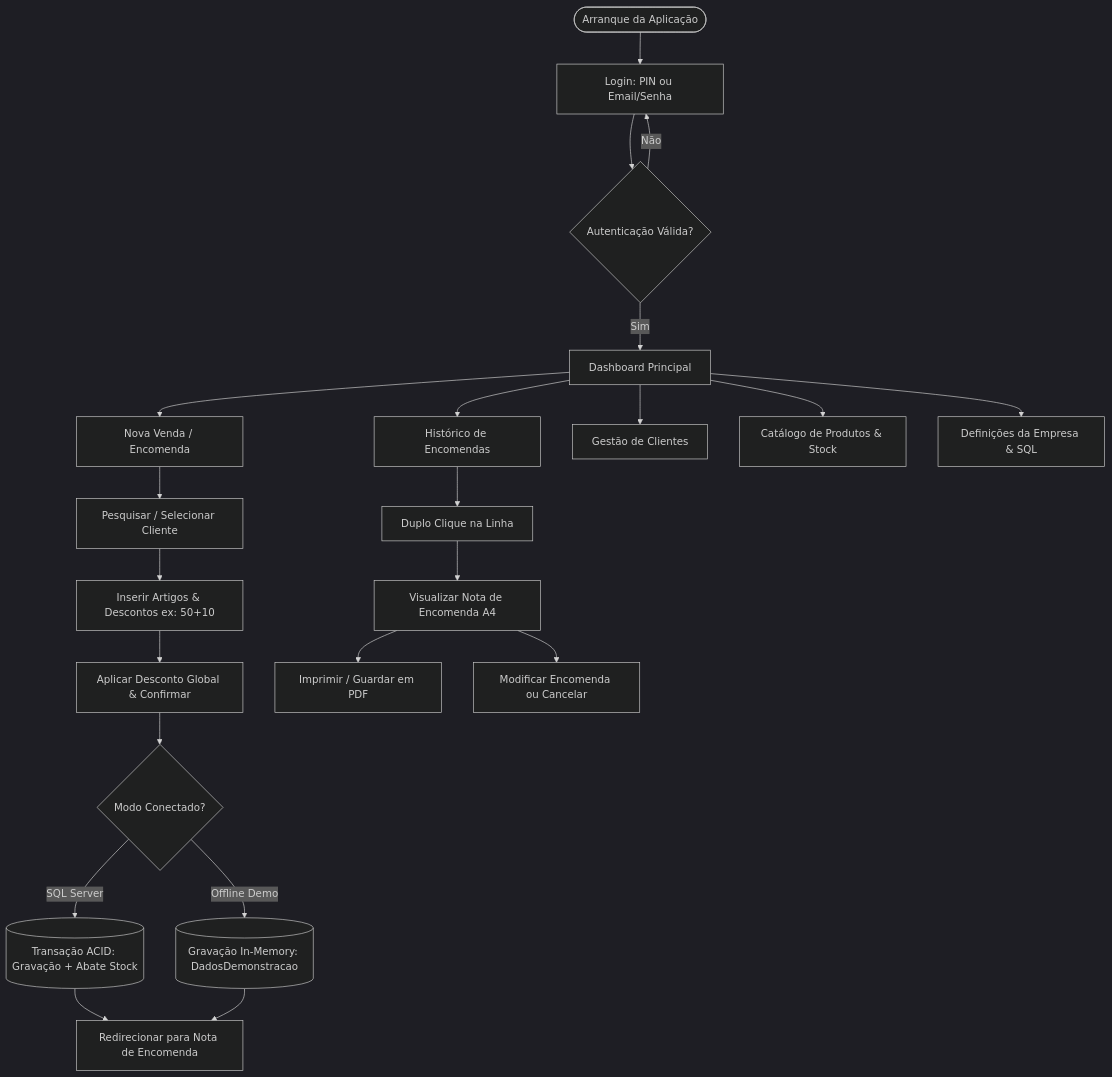
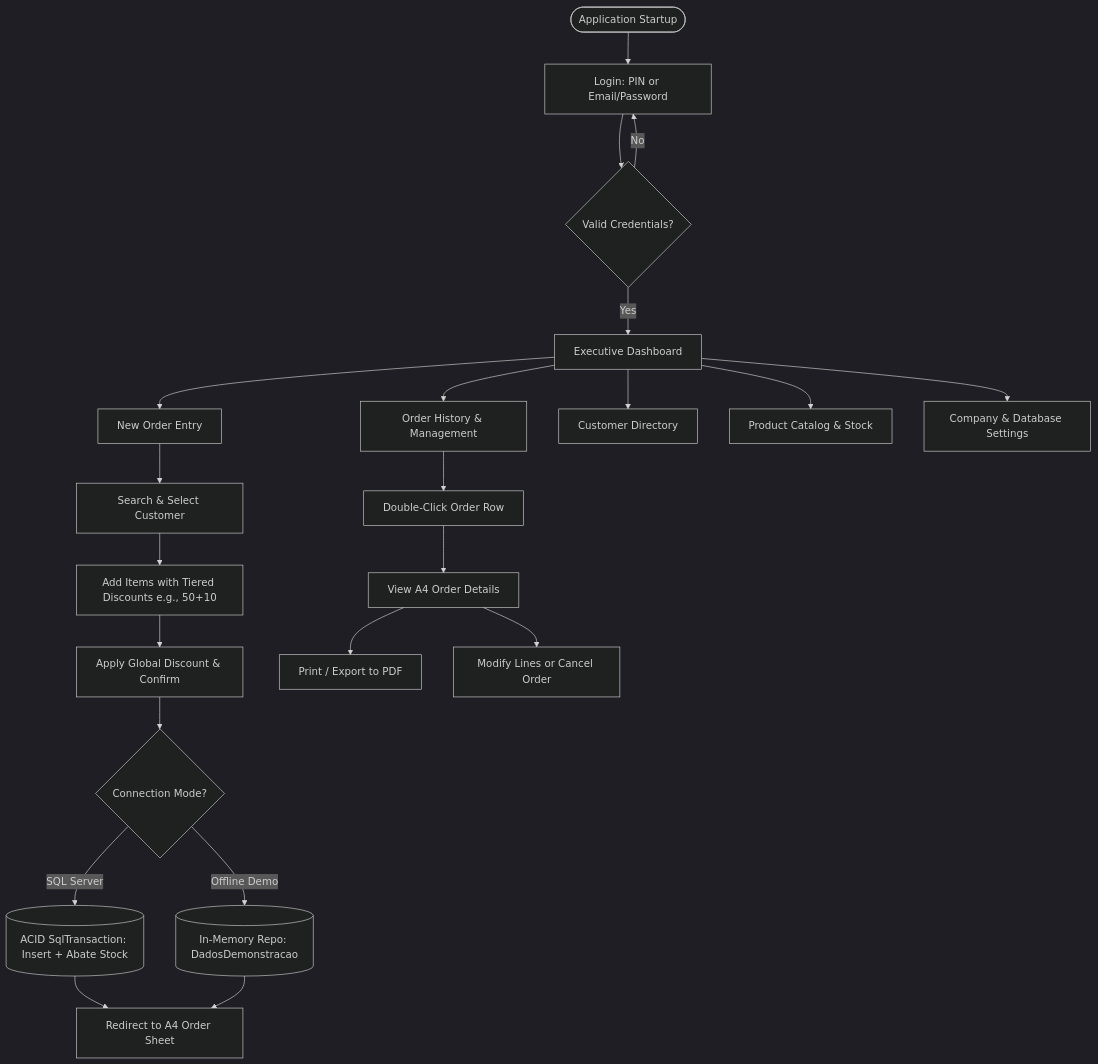
The first of 2 diagrams in README.md (Afonsojlc/commercial-sales-manager), drawn with Mermaid (dark theme) before and after one commit. The commit also changed other lines of this file, not shown here.

Commit message:
docs: traduzir README.md para ingles profissional e internacional

````diff
--- a/README.md
+++ b/README.md
@@ -122,27 +124,27 @@
 ```mermaid
 flowchart TD
-    A([Arranque da Aplicação]) --> B[Login: PIN ou Email/Senha]
-    B --> C{Autenticação Válida?}
-    C -->|Sim| D[Dashboard Principal]
-    C -->|Não| B
+    A([Application Startup]) --> B[Login: PIN or Email/Password]
+    B --> C{Valid Credentials?}
+    C -->|Yes| D[Executive Dashboard]
+    C -->|No| B
 
-    D --> E[Nova Venda / Encomenda]
-    D --> F[Histórico de Encomendas]
-    D --> G[Gestão de Clientes]
-    D --> H[Catálogo de Produtos & Stock]
-    D --> I[Definições da Empresa & SQL]
+    D --> E[New Order Entry]
+    D --> F[Order History & Management]
+    D --> G[Customer Directory]
+    D --> H[Product Catalog & Stock]
+    D --> I[Company & Database Settings]
 
-    E --> E1[Pesquisar / Selecionar Cliente]
-    E1 --> E2[Inserir Artigos & Descontos ex: 50+10]
-    E2 --> E3[Aplicar Desconto Global & Confirmar]
-    E3 --> E4{Modo Conectado?}
-    E4 -->|SQL Server| E5[(Transação ACID: Gravação + Abate Stock)]
-    E4 -->|Offline Demo| E6[(Gravação In-Memory: DadosDemonstracao)]
-    E5 --> E7[Redirecionar para Nota de Encomenda]
+    E --> E1[Search & Select Customer]
+    E1 --> E2[Add Items with Tiered Discounts e.g., 50+10]
+    E2 --> E3[Apply Global Discount & Confirm]
+    E3 --> E4{Connection Mode?}
+    E4 -->|SQL Server| E5[(ACID SqlTransaction: Insert + Abate Stock)]
+    E4 -->|Offline Demo| E6[(In-Memory Repo: DadosDemonstracao)]
+    E5 --> E7[Redirect to A4 Order Sheet]
     E6 --> E7
 
-    F --> F1[Duplo Clique na Linha]
-    F1 --> F2[Visualizar Nota de Encomenda A4]
-    F2 --> F3[Imprimir / Guardar em PDF]
-    F2 --> F4[Modificar Encomenda ou Cancelar]
+    F --> F1[Double-Click Order Row]
+    F1 --> F2[View A4 Order Details]
+    F2 --> F3[Print / Export to PDF]
+    F2 --> F4[Modify Lines or Cancel Order]
 ```
````
